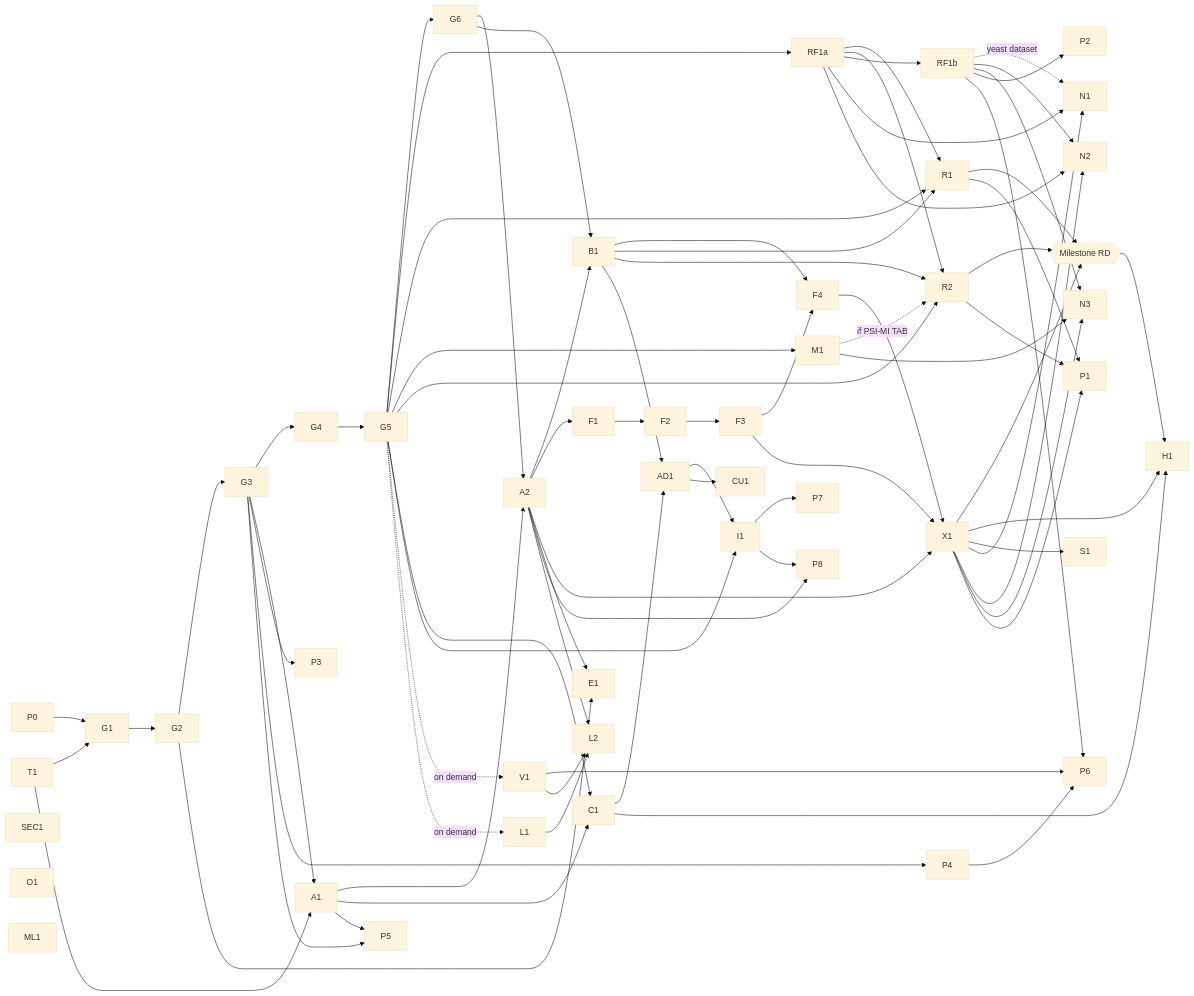
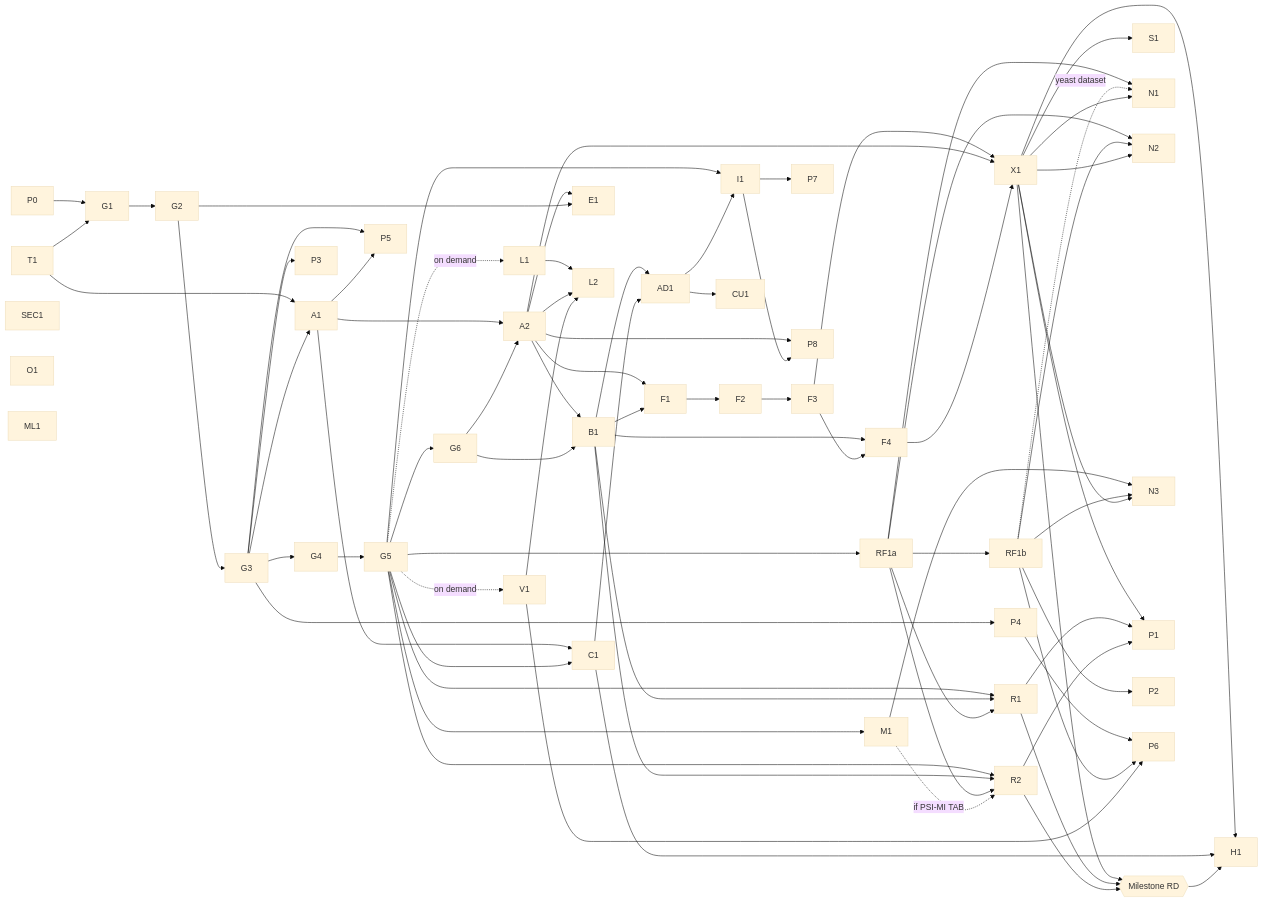
One commit to MilesGithub/openpip-2.0 changed the diagram in docs/project/generalization/IMPLEMENTATION_PLAN.md. Above: the diagram before and after it, drawn with Mermaid (base theme). The commit also changed other lines of this file and 42 other files, not shown here.

First line of the commit message:
feat(frontend): typed graph client, types and MSW fixtures (no page uses them yet)

````diff
--- a/docs/project/generalization/IMPLEMENTATION_PLAN.md
+++ b/docs/project/generalization/IMPLEMENTATION_PLAN.md
@@ -219,73 +229,74 @@
 ```mermaid
 flowchart LR
     P0 --> G1 --> G2 --> G3 --> G4 --> G5 --> G6
     T1 --> G1
     T1 --> A1
     G3 --> A1
     A1 --> A2
     G6 --> A2
     A2 --> B1
     G6 --> B1
     A2 --> F1 --> F2 --> F3
+    B1 --> F1
     B1 --> F4
     F3 --> F4
     F3 --> X1
     A2 --> X1
     F4 --> X1
     G5 --> RF1a
     G5 --> R1
     B1 --> R1
     RF1a --> R1
     G5 --> M1
     G5 --> R2
     B1 --> R2
     RF1a --> R2
     M1 -. "if PSI-MI TAB" .-> R2
     X1 --> RD{{"Milestone RD"}}
     R1 --> RD
     R2 --> RD
     A1 --> C1
     G5 --> C1
     B1 --> AD1
     C1 --> AD1
     A2 --> E1
     G2 --> E1
     X1 --> H1
     C1 --> H1
     RD --> H1
     RF1a --> RF1b
     G5 --> I1
     AD1 --> I1
     X1 --> S1
     RF1a --> N1
     RF1b -. "yeast dataset" .-> N1
     X1 --> N1
     RF1a --> N2
     RF1b --> N2
     X1 --> N2
     M1 --> N3
     RF1b --> N3
     X1 --> N3
     AD1 --> CU1
     X1 --> P1
     R1 --> P1
     R2 --> P1
     RF1b --> P2
     G3 --> P3
     G3 --> P4
     G3 --> P5
     A1 --> P5
     P4 --> P6
     RF1b --> P6
     V1 --> P6
     I1 --> P7
     A2 --> P8
     I1 --> P8
     G5 -. "on demand" .-> V1
     G5 -. "on demand" .-> L1 --> L2
     A2 --> L2
     V1 --> L2
     SEC1
     O1
     ML1
 ```
````
